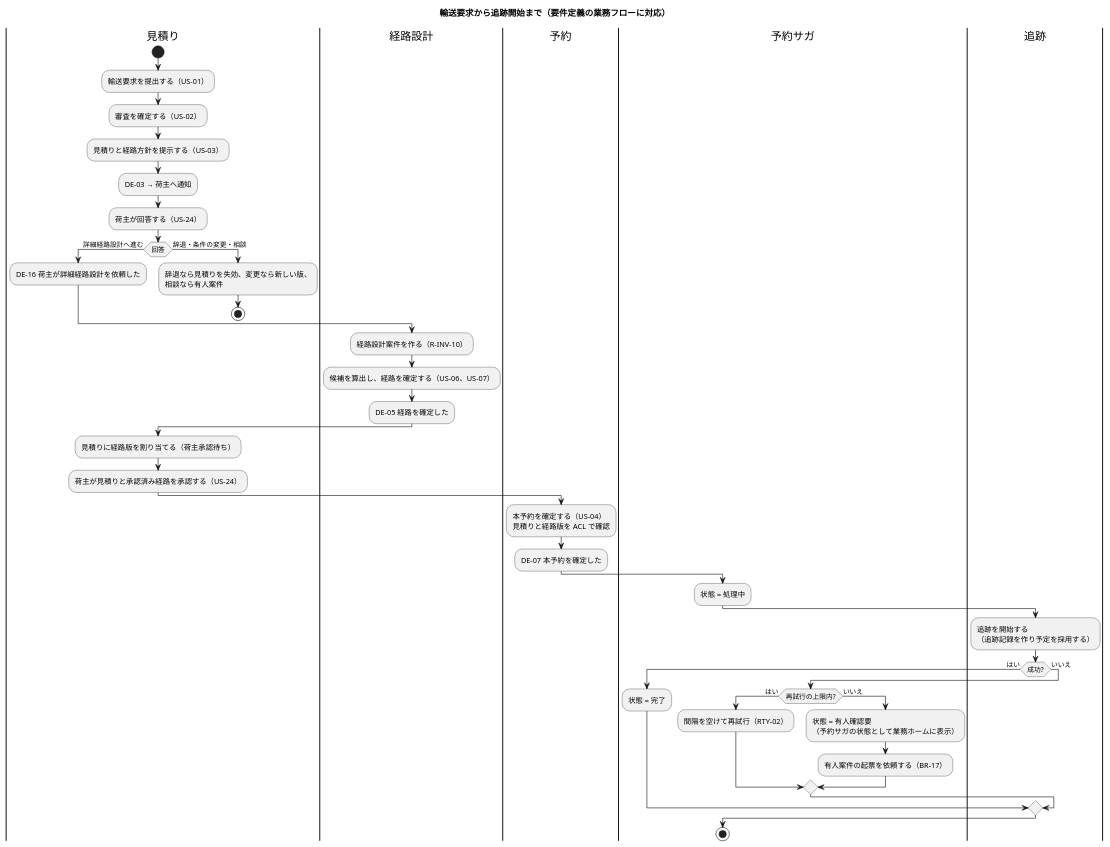
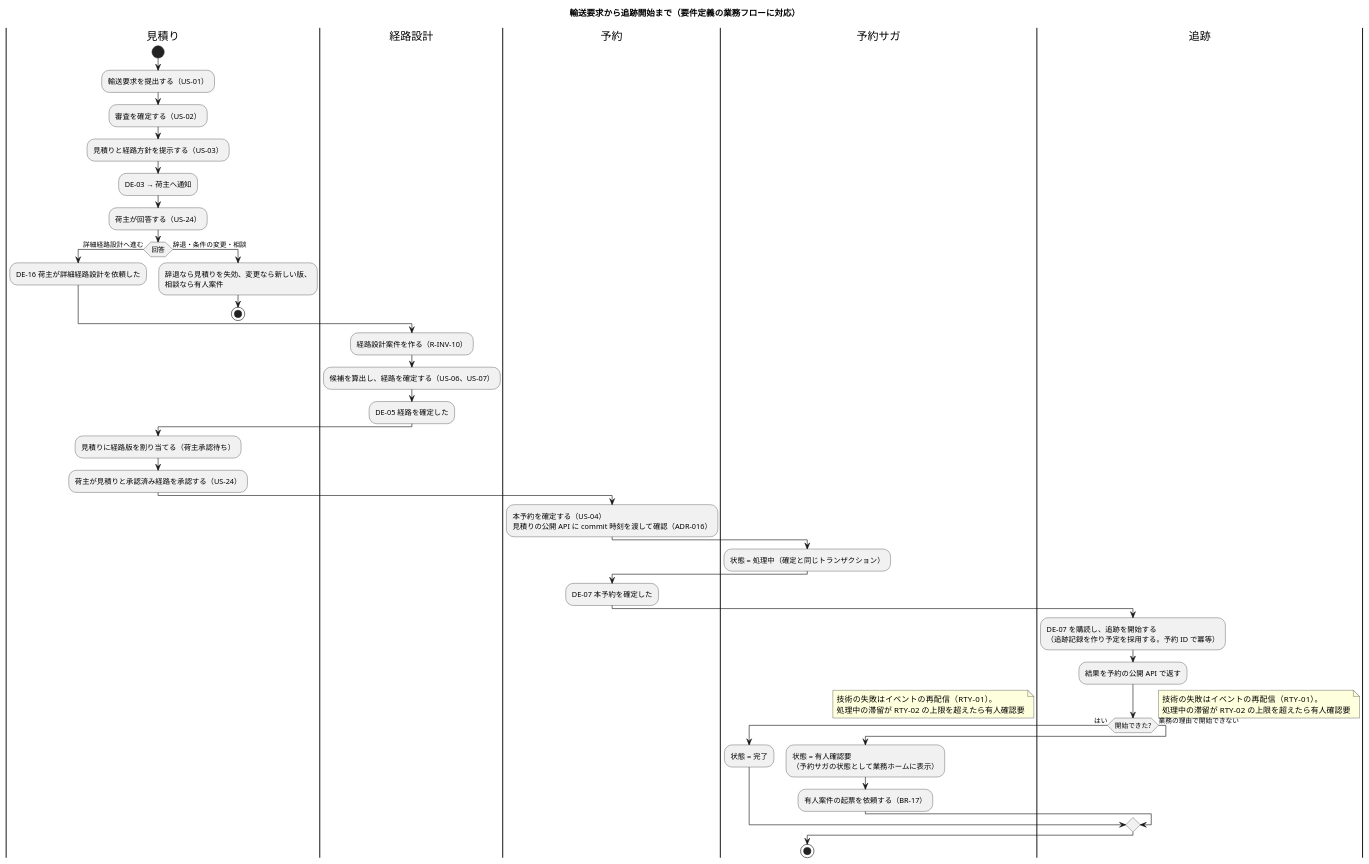
Diagram 15 of 15 in docs/design/cargo-tracker/domain_model.md (k2works/practical-domain-driven-design-in-enterpris-application), drawn with PlantUML before and after one commit. The commit also changed other lines of this file and 12 other files, not shown here.

````diff
--- a/docs/design/cargo-tracker/domain_model.md
+++ b/docs/design/cargo-tracker/domain_model.md
@@ -1104,45 +1108,47 @@
 ```plantuml
 @startuml
 title 輸送要求から追跡開始まで（要件定義の業務フローに対応）
 |見積り|
 start
 :輸送要求を提出する（US-01）;
 :審査を確定する（US-02）;
 :見積りと経路方針を提示する（US-03）;
 :DE-03 → 荷主へ通知;
 :荷主が回答する（US-24）;
 if (回答) then (詳細経路設計へ進む)
   :DE-16 荷主が詳細経路設計を依頼した;
 else (辞退・条件の変更・相談)
   :辞退なら見積りを失効、変更なら新しい版、\n相談なら有人案件;
   stop
 endif
 |経路設計|
 :経路設計案件を作る（R-INV-10）;
 :候補を算出し、経路を確定する（US-06、US-07）;
 :DE-05 経路を確定した;
 |見積り|
 :見積りに経路版を割り当てる（荷主承認待ち）;
 :荷主が見積りと承認済み経路を承認する（US-24）;
 |予約|
-:本予約を確定する（US-04）\n見積りと経路版を ACL で確認;
+:本予約を確定する（US-04）\n見積りの公開 API に commit 時刻を渡して確認（ADR-016）;
+|予約サガ|
+:状態 = 処理中（確定と同じトランザクション）;
+|予約|
 :DE-07 本予約を確定した;
-|予約サガ|
-:状態 = 処理中;
 |追跡|
-:追跡を開始する\n（追跡記録を作り予定を採用する）;
-if (成功?) then (はい)
+:DE-07 を購読し、追跡を開始する\n（追跡記録を作り予定を採用する。予約 ID で冪等）;
+:結果を予約の公開 API で返す;
+if (開始できた?) then (はい)
   |予約サガ|
   :状態 = 完了;
-else (いいえ)
+else (業務の理由で開始できない)
   |予約サガ|
-  if (再試行の上限内?) then (はい)
-    :間隔を空けて再試行（RTY-02）;
-  else (いいえ)
-    :状態 = 有人確認要\n（予約サガの状態として業務ホームに表示）;
-    :有人案件の起票を依頼する（BR-17）;
-  endif
+  :状態 = 有人確認要\n（予約サガの状態として業務ホームに表示）;
+  :有人案件の起票を依頼する（BR-17）;
 endif
+note right
+  技術の失敗はイベントの再配信（RTY-01）。
+  処理中の滞留が RTY-02 の上限を超えたら有人確認要
+end note
 stop
 @enduml
 ```
````
